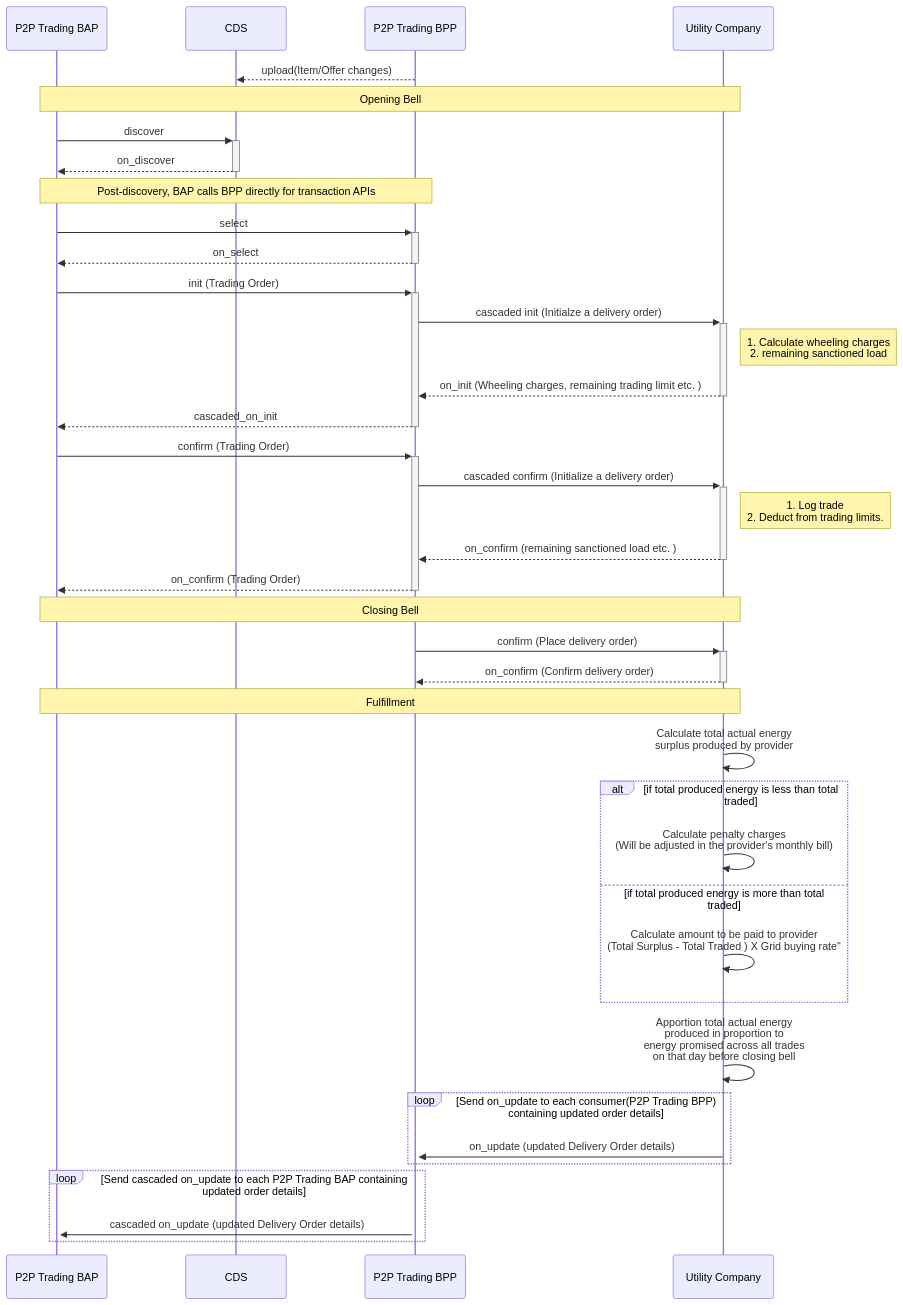
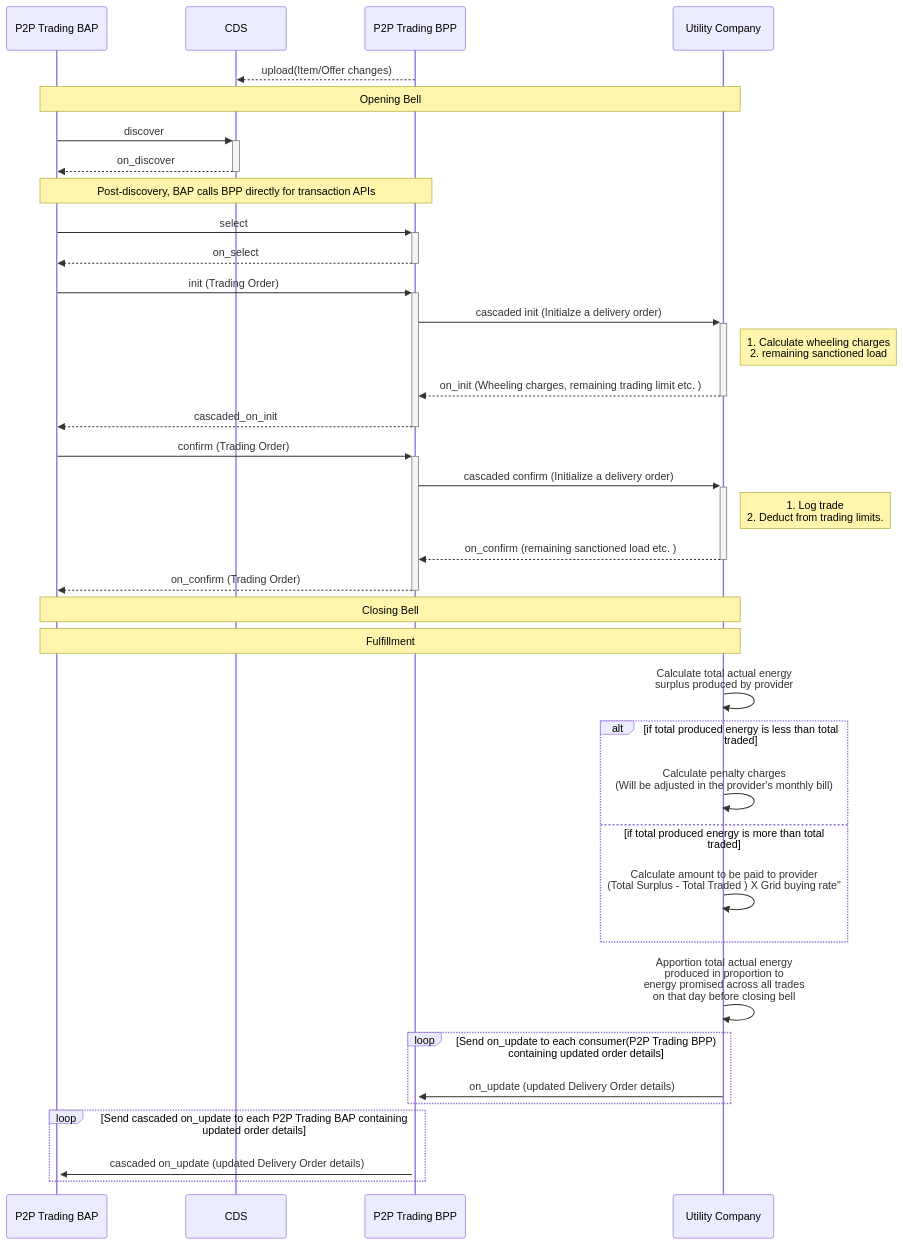
Before and after one commit to Beckn-One/DEG: the diagram in docs/implementation-guides/v2/P2P_Trading/P2P_Trading_implementation_guide_draft.md, drawn with Mermaid.

Commit message:
remove redundent confirm call in sequenc diagram

````diff
--- a/docs/implementation-guides/v2/P2P_Trading/P2P_Trading_implementation_guide_draft.md
+++ b/docs/implementation-guides/v2/P2P_Trading/P2P_Trading_implementation_guide_draft.md
@@ -143,44 +143,42 @@
 ```mermaid
 sequenceDiagram
     participant P2P Trading BAP
     participant CDS
     participant P2P Trading BPP
     participant Utility Company
     P2P Trading BPP-->>CDS: upload(Item/Offer changes)
     Note over P2P Trading BAP, Utility Company: Opening Bell
     P2P Trading BAP->>+CDS: discover
     CDS-->>-P2P Trading BAP: on_discover
     Note over P2P Trading BAP, P2P Trading BPP: Post-discovery, BAP calls BPP directly for transaction APIs
     P2P Trading BAP->>+P2P Trading BPP: select
     P2P Trading BPP-->>-P2P Trading BAP: on_select
 
     P2P Trading BAP->>+P2P Trading BPP: init (Trading Order)
     P2P Trading BPP->>+Utility Company: cascaded init (Initialze a delivery order)
       Note right of Utility Company: 1. Calculate wheeling charges<br/>2. remaining sanctioned load
     Utility Company-->>-P2P Trading BPP: on_init (Wheeling charges, remaining trading limit etc. )
     P2P Trading BPP-->>-P2P Trading BAP: cascaded_on_init
 
     P2P Trading BAP->>+P2P Trading BPP: confirm (Trading Order)
     P2P Trading BPP->>+Utility Company: cascaded confirm (Initialize a delivery order)
       Note right of Utility Company: 1. Log trade<br/>2. Deduct from trading limits.
     Utility Company-->>-P2P Trading BPP: on_confirm (remaining sanctioned load etc. )
     P2P Trading BPP-->>-P2P Trading BAP: on_confirm (Trading Order)
     Note over P2P Trading BAP, Utility Company: Closing Bell
-    P2P Trading BPP->>+Utility Company: confirm (Place delivery order)
-    Utility Company-->>-P2P Trading BPP: on_confirm (Confirm delivery order)
 
     Note over P2P Trading BAP, Utility Company: Fulfillment
      Utility Company->> Utility Company: Calculate total actual energy <br> surplus produced by provider
     alt if total produced energy is less than total traded
         Utility Company->> Utility Company: Calculate penalty charges <br> (Will be adjusted in the provider's monthly bill)
     else if total produced energy is more than total traded
         Utility Company->> Utility Company: Calculate amount to be paid to provider <br> (Total Surplus - Total Traded ) X Grid buying rate"
     end
     Utility Company->> Utility Company: Apportion total actual energy <br> produced in proportion to <br> energy promised across all trades <br> on that day before closing bell
     loop Send on_update to each consumer(P2P Trading BPP) containing updated order details
         Utility Company->>+P2P Trading BPP: on_update (updated Delivery Order details)
     end
     loop Send cascaded on_update to each P2P Trading BAP containing updated order details
        P2P Trading BPP->>+P2P Trading BAP: cascaded on_update (updated Delivery Order details)
     end
 ```
````
